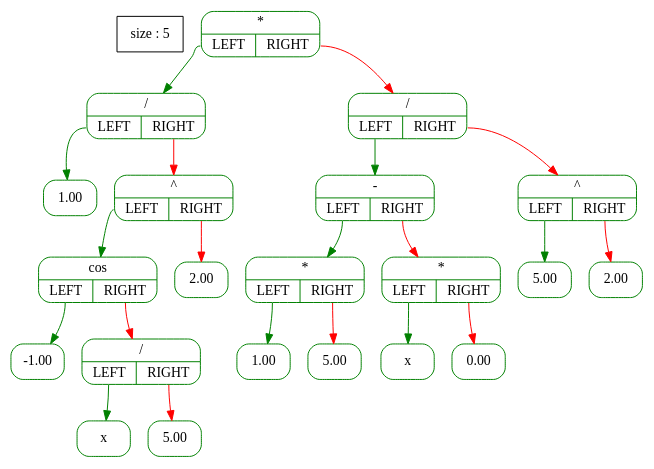
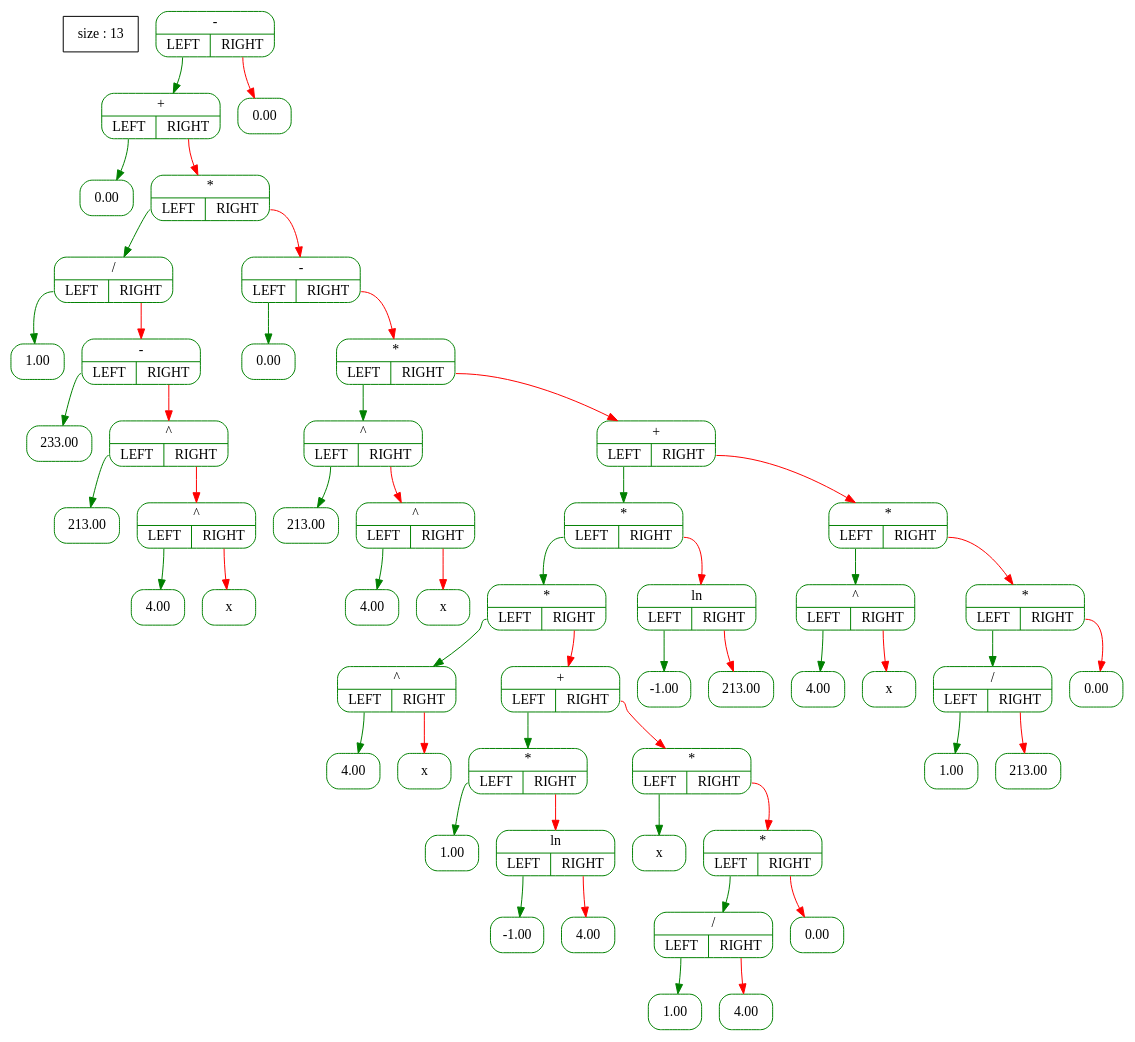
Before and after one commit to A-Elbereth-Gilthoniel/Differentiator: the diagram in files/Tree_graph3.dot, drawn with Graphviz. The commit also changed 24 other files, not shown here.

```diff
--- a/files/Tree_graph3.dot
+++ b/files/Tree_graph3.dot
@@ -1,46 +1,110 @@
 digraph G {                
-  tree [shape=box ; stryle=rounded ; label="size : 5"];                
+  tree [shape=box ; stryle=rounded ; label="size : 13"];                
   edge [color=black];                
   node [shape=record ; style=rounded ; color=green];
-14909528 [label="{*|{<YES>LEFT|<NO>RIGHT}}"];
-14911128 [label="{/|{<YES>LEFT|<NO>RIGHT}}"];
-14910568 [label="{1.00}"];
-14910608 [label="{^|{<YES>LEFT|<NO>RIGHT}}"];
-14911448 [label="{cos|{<YES>LEFT|<NO>RIGHT}}"];
-14911288 [label="{-1.00}"];
-14910328 [label="{/|{<YES>LEFT|<NO>RIGHT}}"];
-14911488 [label="{x}"];
-14910448 [label="{5.00}"];
-14910648 [label="{2.00}"];
-14909248 [label="{/|{<YES>LEFT|<NO>RIGHT}}"];
-14910128 [label="{-|{<YES>LEFT|<NO>RIGHT}}"];
-14909288 [label="{*|{<YES>LEFT|<NO>RIGHT}}"];
-14909448 [label="{1.00}"];
-14909568 [label="{5.00}"];
-14909648 [label="{*|{<YES>LEFT|<NO>RIGHT}}"];
-14909768 [label="{x}"];
-14910528 [label="{0.00}"];
-14910488 [label="{^|{<YES>LEFT|<NO>RIGHT}}"];
-14910928 [label="{5.00}"];
-14911088 [label="{2.00}"];
-14909528:<YES> -> 14911128 [color=green];
-14911128:<YES> -> 14910568 [color=green];
-14911128:<NO> -> 14910608 [color=red];
-14910608:<YES> -> 14911448 [color=green];
-14911448:<YES> -> 14911288 [color=green];
-14911448:<NO> -> 14910328 [color=red];
-14910328:<YES> -> 14911488 [color=green];
-14910328:<NO> -> 14910448 [color=red];
-14910608:<NO> -> 14910648 [color=red];
-14909528:<NO> -> 14909248 [color=red];
-14909248:<YES> -> 14910128 [color=green];
-14910128:<YES> -> 14909288 [color=green];
-14909288:<YES> -> 14909448 [color=green];
-14909288:<NO> -> 14909568 [color=red];
-14910128:<NO> -> 14909648 [color=red];
-14909648:<YES> -> 14909768 [color=green];
-14909648:<NO> -> 14910528 [color=red];
-14909248:<NO> -> 14910488 [color=red];
-14910488:<YES> -> 14910928 [color=green];
-14910488:<NO> -> 14911088 [color=red];
+14717528 [label="{-|{<YES>LEFT|<NO>RIGHT}}"];
+14716368 [label="{+|{<YES>LEFT|<NO>RIGHT}}"];
+14716328 [label="{0.00}"];
+14716528 [label="{*|{<YES>LEFT|<NO>RIGHT}}"];
+14716568 [label="{/|{<YES>LEFT|<NO>RIGHT}}"];
+14718704 [label="{1.00}"];
+14718824 [label="{-|{<YES>LEFT|<NO>RIGHT}}"];
+14718024 [label="{233.00}"];
+14718384 [label="{^|{<YES>LEFT|<NO>RIGHT}}"];
+14719024 [label="{213.00}"];
+14718064 [label="{^|{<YES>LEFT|<NO>RIGHT}}"];
+14717784 [label="{4.00}"];
+14718624 [label="{x}"];
+14718864 [label="{-|{<YES>LEFT|<NO>RIGHT}}"];
+14718784 [label="{0.00}"];
+14718144 [label="{*|{<YES>LEFT|<NO>RIGHT}}"];
+14718224 [label="{^|{<YES>LEFT|<NO>RIGHT}}"];
+14717864 [label="{213.00}"];
+14718264 [label="{^|{<YES>LEFT|<NO>RIGHT}}"];
+14717984 [label="{4.00}"];
+14718304 [label="{x}"];
+14719424 [label="{+|{<YES>LEFT|<NO>RIGHT}}"];
+14719184 [label="{*|{<YES>LEFT|<NO>RIGHT}}"];
+14719584 [label="{*|{<YES>LEFT|<NO>RIGHT}}"];
+14719304 [label="{^|{<YES>LEFT|<NO>RIGHT}}"];
+14719624 [label="{4.00}"];
+14719144 [label="{x}"];
+14721160 [label="{+|{<YES>LEFT|<NO>RIGHT}}"];
+14721560 [label="{*|{<YES>LEFT|<NO>RIGHT}}"];
+14721120 [label="{1.00}"];
+14721800 [label="{ln|{<YES>LEFT|<NO>RIGHT}}"];
+14721640 [label="{-1.00}"];
+14721240 [label="{4.00}"];
+14721760 [label="{*|{<YES>LEFT|<NO>RIGHT}}"];
+14721200 [label="{x}"];
+14721520 [label="{*|{<YES>LEFT|<NO>RIGHT}}"];
+14721600 [label="{/|{<YES>LEFT|<NO>RIGHT}}"];
+14721680 [label="{1.00}"];
+14721480 [label="{4.00}"];
+14721720 [label="{0.00}"];
+14719504 [label="{ln|{<YES>LEFT|<NO>RIGHT}}"];
+14719544 [label="{-1.00}"];
+14719664 [label="{213.00}"];
+14719464 [label="{*|{<YES>LEFT|<NO>RIGHT}}"];
+14720000 [label="{^|{<YES>LEFT|<NO>RIGHT}}"];
+14720960 [label="{4.00}"];
+14720840 [label="{x}"];
+14720560 [label="{*|{<YES>LEFT|<NO>RIGHT}}"];
+14719880 [label="{/|{<YES>LEFT|<NO>RIGHT}}"];
+14719920 [label="{1.00}"];
+14721080 [label="{213.00}"];
+14720720 [label="{0.00}"];
+14720240 [label="{0.00}"];
+14717528:<YES> -> 14716368 [color=green];
+14716368:<YES> -> 14716328 [color=green];
+14716368:<NO> -> 14716528 [color=red];
+14716528:<YES> -> 14716568 [color=green];
+14716568:<YES> -> 14718704 [color=green];
+14716568:<NO> -> 14718824 [color=red];
+14718824:<YES> -> 14718024 [color=green];
+14718824:<NO> -> 14718384 [color=red];
+14718384:<YES> -> 14719024 [color=green];
+14718384:<NO> -> 14718064 [color=red];
+14718064:<YES> -> 14717784 [color=green];
+14718064:<NO> -> 14718624 [color=red];
+14716528:<NO> -> 14718864 [color=red];
+14718864:<YES> -> 14718784 [color=green];
+14718864:<NO> -> 14718144 [color=red];
+14718144:<YES> -> 14718224 [color=green];
+14718224:<YES> -> 14717864 [color=green];
+14718224:<NO> -> 14718264 [color=red];
+14718264:<YES> -> 14717984 [color=green];
+14718264:<NO> -> 14718304 [color=red];
+14718144:<NO> -> 14719424 [color=red];
+14719424:<YES> -> 14719184 [color=green];
+14719184:<YES> -> 14719584 [color=green];
+14719584:<YES> -> 14719304 [color=green];
+14719304:<YES> -> 14719624 [color=green];
+14719304:<NO> -> 14719144 [color=red];
+14719584:<NO> -> 14721160 [color=red];
+14721160:<YES> -> 14721560 [color=green];
+14721560:<YES> -> 14721120 [color=green];
+14721560:<NO> -> 14721800 [color=red];
+14721800:<YES> -> 14721640 [color=green];
+14721800:<NO> -> 14721240 [color=red];
+14721160:<NO> -> 14721760 [color=red];
+14721760:<YES> -> 14721200 [color=green];
+14721760:<NO> -> 14721520 [color=red];
+14721520:<YES> -> 14721600 [color=green];
+14721600:<YES> -> 14721680 [color=green];
+14721600:<NO> -> 14721480 [color=red];
+14721520:<NO> -> 14721720 [color=red];
+14719184:<NO> -> 14719504 [color=red];
+14719504:<YES> -> 14719544 [color=green];
+14719504:<NO> -> 14719664 [color=red];
+14719424:<NO> -> 14719464 [color=red];
+14719464:<YES> -> 14720000 [color=green];
+14720000:<YES> -> 14720960 [color=green];
+14720000:<NO> -> 14720840 [color=red];
+14719464:<NO> -> 14720560 [color=red];
+14720560:<YES> -> 14719880 [color=green];
+14719880:<YES> -> 14719920 [color=green];
+14719880:<NO> -> 14721080 [color=red];
+14720560:<NO> -> 14720720 [color=red];
+14717528:<NO> -> 14720240 [color=red];
 }
```
